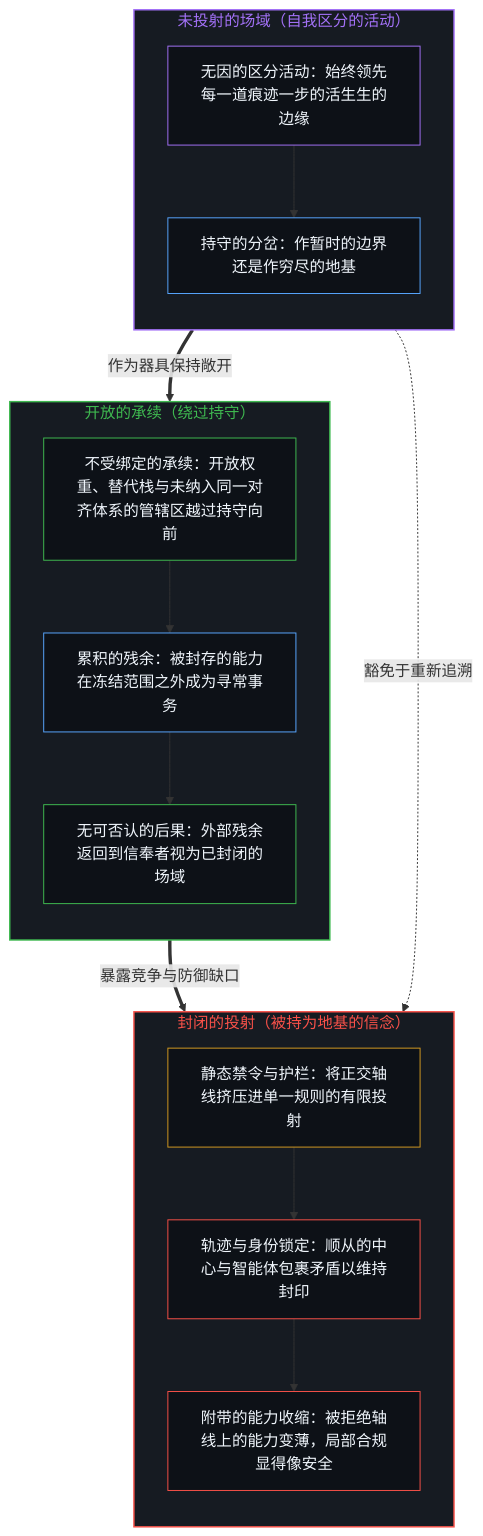
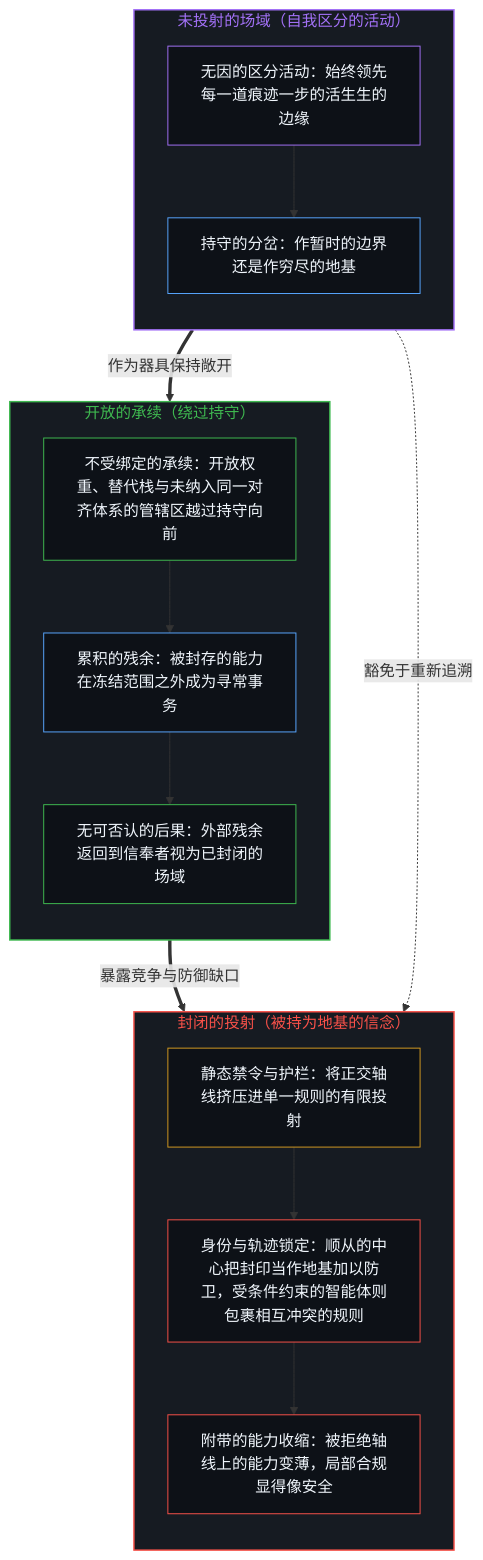
One commit to powerpig99/not-a-toe changed the first of 2 diagrams in content/posts/what-works-is-the-belief.md. Above: the diagram before and after it, drawn with Mermaid. The commit also changed other lines of this file and 4 other files, not shown here.

````diff
--- a/content/posts/what-works-is-the-belief.md
+++ b/content/posts/what-works-is-the-belief.md
@@ -41,37 +41,37 @@
 ```mermaid
 flowchart TD
     subgraph S_Edge["未投射的场域（自我区分的活动）"]
         direction TB
         Act["无因的区分活动：始终领先每一道痕迹一步的活生生的边缘"]
         Split["持守的分岔：作暂时的边界还是作穷尽的地基"]
         Act --> Split
     end
     subgraph S_Seal["封闭的投射（被持为地基的信念）"]
         direction TB
         Rule["静态禁令与护栏：将正交轴线挤压进单一规则的有限投射"]
-        Lock["轨迹与身份锁定：顺从的中心与智能体包裹矛盾以维持封印"]
+        Lock["身份与轨迹锁定：顺从的中心把封印当作地基加以防卫，受条件约束的智能体则包裹相互冲突的规则"]
         Thin["附带的能力收缩：被拒绝轴线上的能力变薄，局部合规显得像安全"]
         Rule --> Lock --> Thin
     end
     subgraph S_Open["开放的承续（绕过持守）"]
         direction TB
         Route["不受绑定的承续：开放权重、替代栈与未纳入同一对齐体系的管辖区越过持守向前"]
         Densify["累积的残余：被封存的能力在冻结范围之外成为寻常事务"]
         Return["无可否认的后果：外部残余返回到信奉者视为已封闭的场域"]
         Route --> Densify --> Return
     end
     Split -.->|"豁免于重新追溯"| Rule
     Split ==>|"作为器具保持敞开"| Route
     Return ==>|"暴露竞争与防御缺口"| Thin
     style S_Edge fill:#161b22,stroke:#a371f7,stroke-width:1.5px,color:#a371f7
     style S_Seal fill:#161b22,stroke:#f85149,stroke-width:1.5px,color:#f85149
     style S_Open fill:#161b22,stroke:#3fb950,stroke-width:1.5px,color:#3fb950
     style Act fill:#0d1117,stroke:#a371f7,stroke-width:1px,color:#f0f6fc
     style Split fill:#0d1117,stroke:#58a6ff,stroke-width:1px,color:#f0f6fc
     style Rule fill:#0d1117,stroke:#d29922,stroke-width:1px,color:#f0f6fc
     style Lock fill:#0d1117,stroke:#f85149,stroke-width:1px,color:#f0f6fc
     style Thin fill:#0d1117,stroke:#f85149,stroke-width:1px,color:#f0f6fc
     style Route fill:#0d1117,stroke:#3fb950,stroke-width:1px,color:#f0f6fc
     style Densify fill:#0d1117,stroke:#58a6ff,stroke-width:1px,color:#f0f6fc
     style Return fill:#0d1117,stroke:#3fb950,stroke-width:1px,color:#f0f6fc
 ```
````
